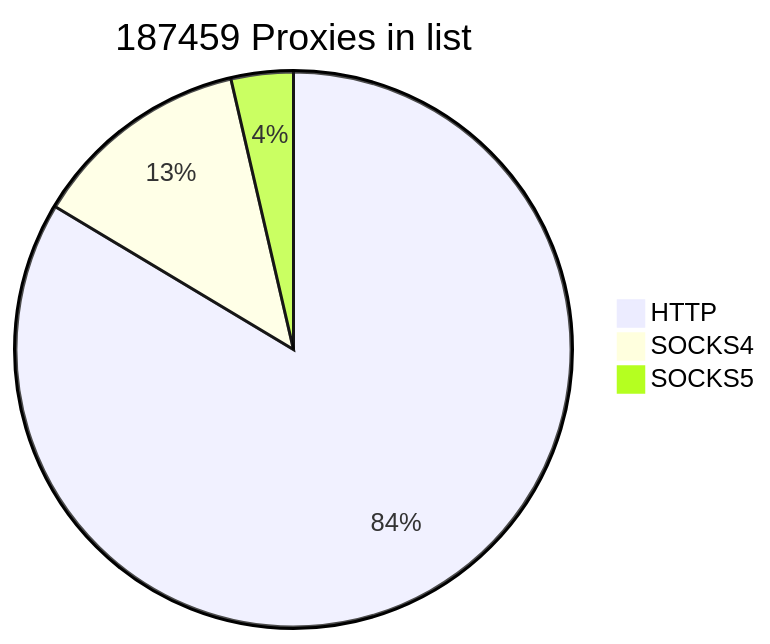
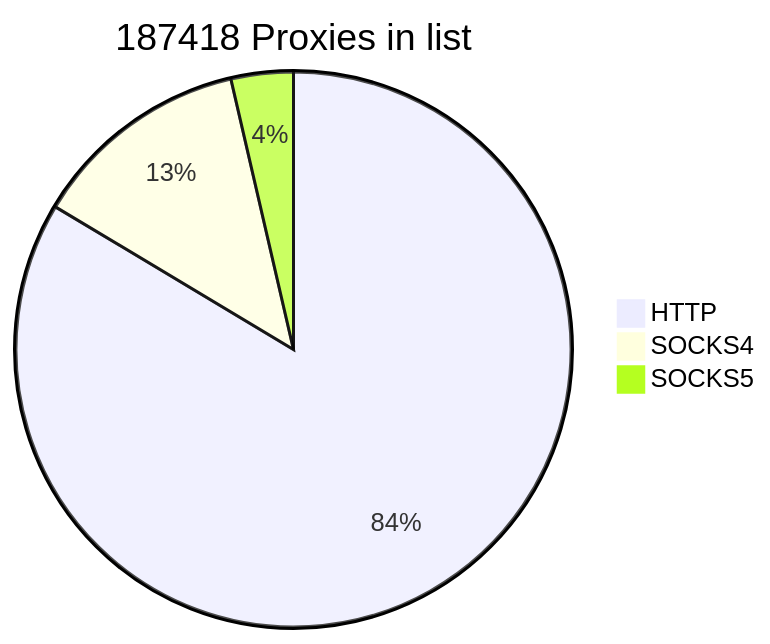
One commit to cutipu/proxylist changed the first of 2 diagrams in README.md. Above: the diagram before and after it, drawn with Mermaid. The commit also changed other lines of this file, not shown here.

````diff
--- a/README.md
+++ b/README.md
@@ -2,7 +2,7 @@
 ```mermaid
-pie title 187459 Proxies in list
-    "HTTP" : 156704
+pie title 187418 Proxies in list
+    "HTTP" : 156662
     "SOCKS4" : 23971
-    "SOCKS5" : 6784
+    "SOCKS5" : 6785
             
 ```
````
